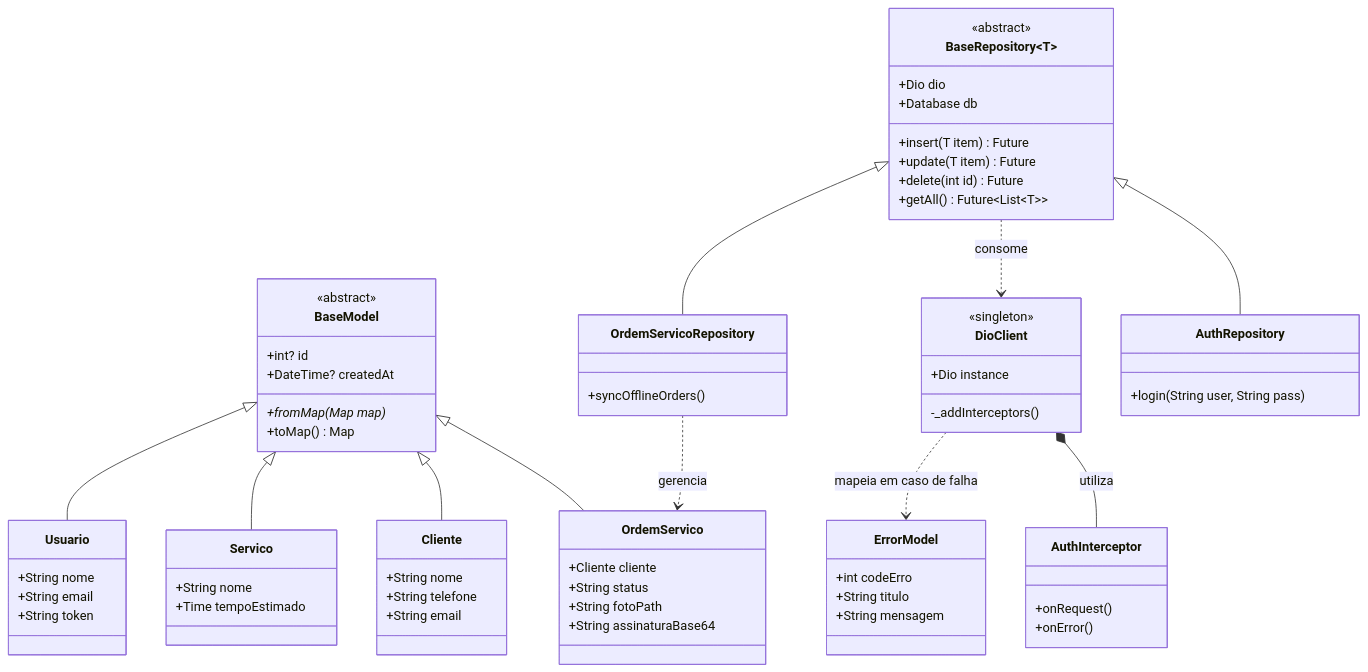
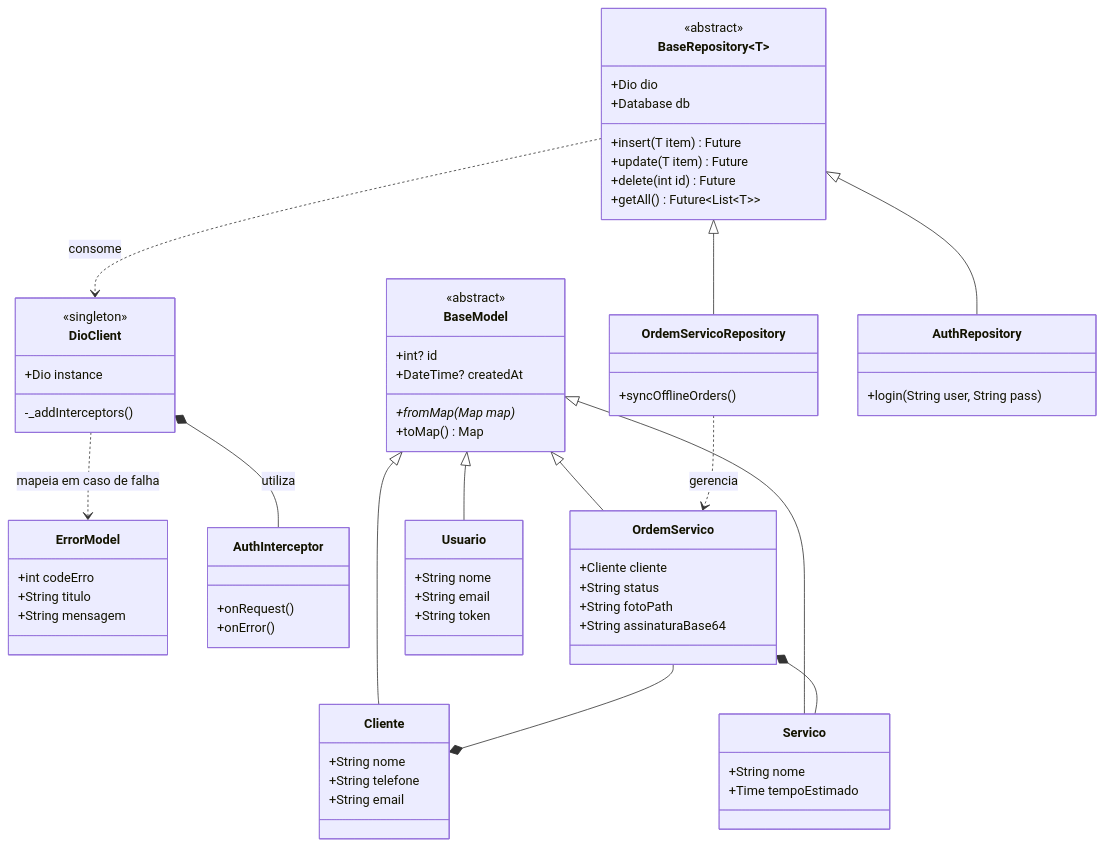
One commit to EnzoRodrigues9/ads5-20261-serviceflow changed the diagram in README.md. Above: the diagram before and after it, drawn with Mermaid.

Commit message:
Update relationships in README.md

```diff
--- a/README.md
+++ b/README.md
@@ -124,6 +124,8 @@
     BaseModel <|-- Cliente
 	BaseModel <|-- Servico
     BaseModel <|-- OrdemServico
+	OrdemServico --* Cliente
+	OrdemServico *-- Servico
     BaseModel <|-- Usuario
     BaseRepository <|-- OrdemServicoRepository
     BaseRepository <|-- AuthRepository
```
